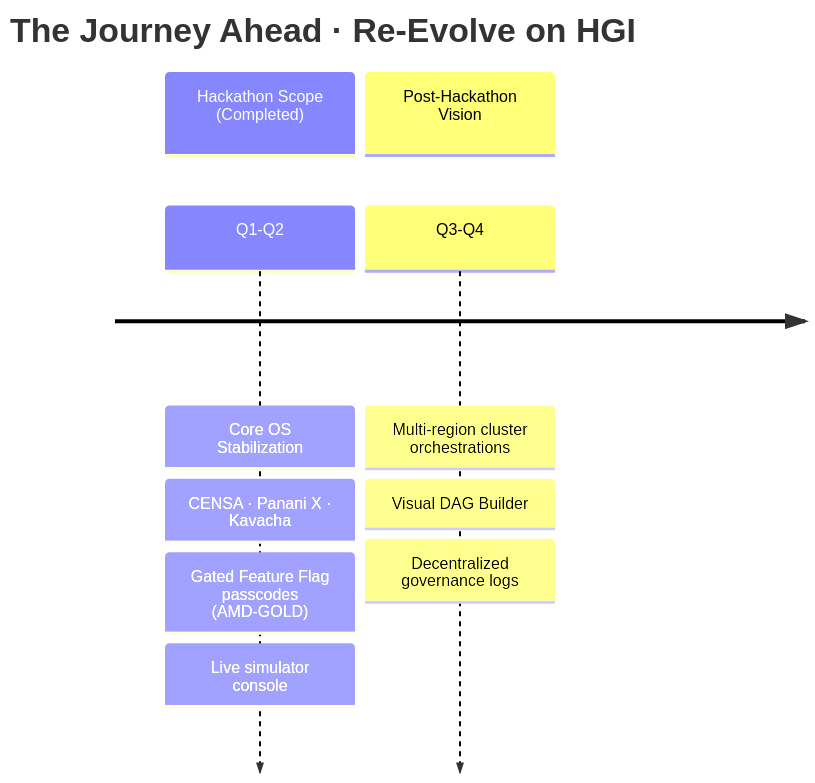
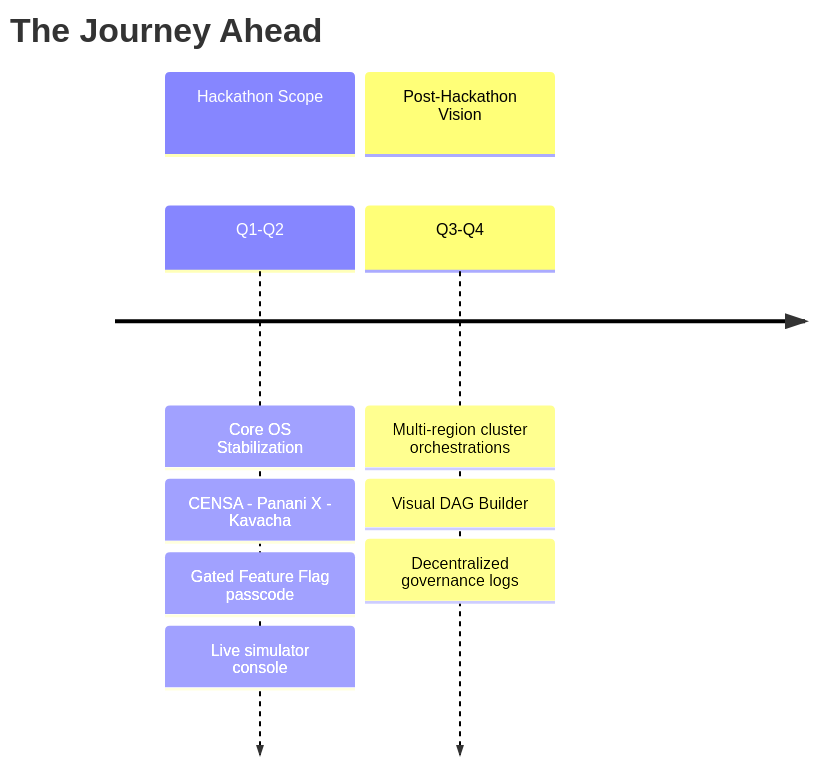
One commit to RE-EVOLVE-ON-HGI/re-evolve-hgi-amd-act2 changed the third of 4 diagrams in README.md. Above: the diagram before and after it, drawn with Mermaid. The commit also changed other lines of this file, not shown here.

Commit message:
style: stabilize all Mermaid diagrams for GitHub rendering compatibility

````diff
--- a/README.md
+++ b/README.md
@@ -433,13 +433,13 @@
 ```mermaid
 timeline
-    title The Journey Ahead · Re-Evolve on HGI
-    section Hackathon Scope (Completed)
+    title The Journey Ahead
+    section Hackathon Scope
         Q1-Q2 : Core OS Stabilization
-              : CENSA · Panani X · Kavacha
-              : Gated Feature Flag passcodes (AMD-GOLD)
+              : CENSA - Panani X - Kavacha
+              : Gated Feature Flag passcode
               : Live simulator console
     section Post-Hackathon Vision
         Q3-Q4 : Multi-region cluster orchestrations
               : Visual DAG Builder
               : Decentralized governance logs
 ```
````
